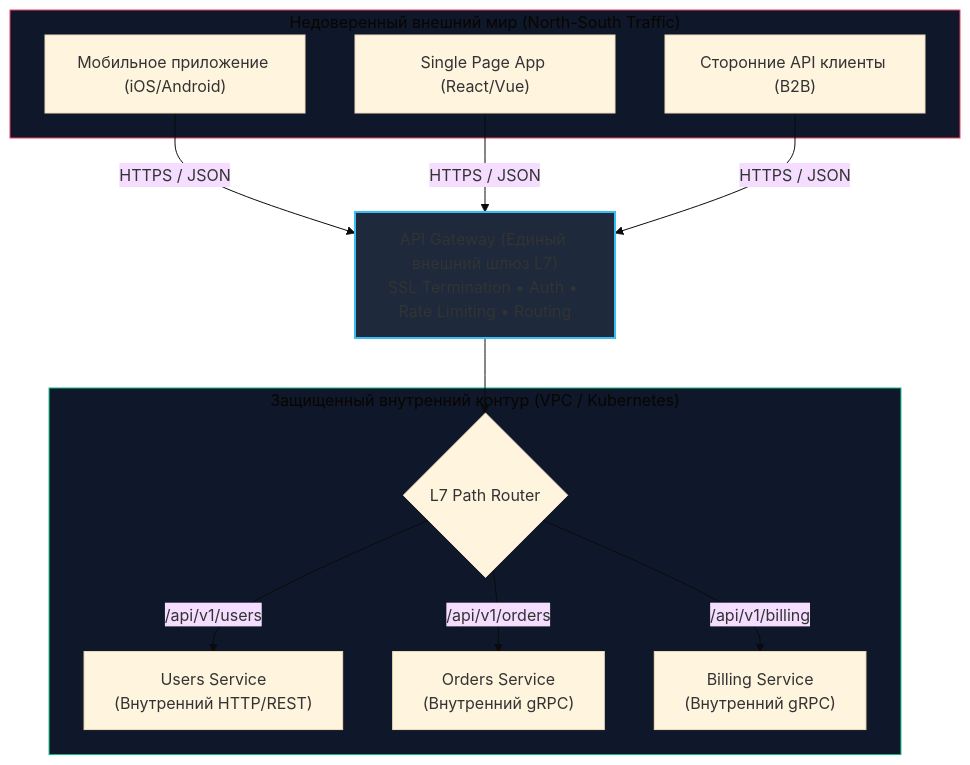
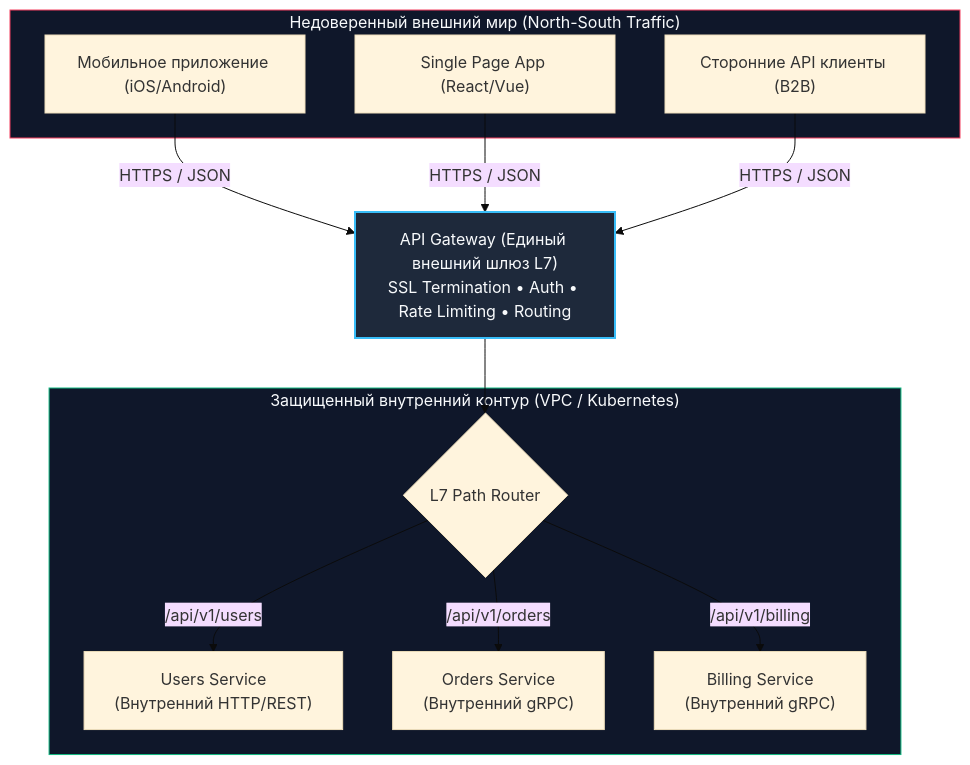
The first of 2 diagrams in sources/10. Проектирование API и Сетевые протоколы/25. API Gateway.md (UnrealTemplier/go-textbook), drawn with Mermaid (base theme) before and after one commit. The commit also changed other lines of this file and 310 other files, not shown here.

First line of the commit message:
fix(mermaid): replace light fill colors with dark palette for readability on dark theme

````diff
--- a/sources/10. Проектирование API и Сетевые протоколы/25. API Gateway.md
+++ b/sources/10. Проектирование API и Сетевые протоколы/25. API Gateway.md
@@ -28,30 +28,30 @@
 ```mermaid
 flowchart TD
     subgraph External ["Недоверенный внешний мир (North-South Traffic)"]
         Client1["Мобильное приложение (iOS/Android)"]
         Client2["Single Page App (React/Vue)"]
         Client3["Сторонние API клиенты (B2B)"]
     end
 
     Gateway["API Gateway (Единый внешний шлюз L7)<br>SSL Termination • Auth • Rate Limiting • Routing"]
 
     subgraph Internal ["Защищенный внутренний контур (VPC / Kubernetes)"]
         Router{"L7 Path Router"}
         Users["Users Service<br>(Внутренний HTTP/REST)"]
         Orders["Orders Service<br>(Внутренний gRPC)"]
         Billing["Billing Service<br>(Внутренний gRPC)"]
     end
 
     Client1 -->|"HTTPS / JSON"| Gateway
     Client2 -->|"HTTPS / JSON"| Gateway
     Client3 -->|"HTTPS / JSON"| Gateway
 
     Gateway --> Router
     Router -->|"/api/v1/users"| Users
     Router -->|"/api/v1/orders"| Orders
     Router -->|"/api/v1/billing"| Billing
 
-    style Gateway fill:#1e293b,stroke:#38bdf8,stroke-width:2px
-    style External fill:#0f172a,stroke:#f43f5e,stroke-width:1px
-    style Internal fill:#0f172a,stroke:#10b981,stroke-width:1px
+    style Gateway fill:#1e293b,stroke:#38bdf8,stroke-width:2px,color:#f8fafc
+    style External fill:#0f172a,stroke:#f43f5e,stroke-width:1px,color:#f8fafc
+    style Internal fill:#0f172a,stroke:#10b981,stroke-width:1px,color:#f8fafc
 ```
````
